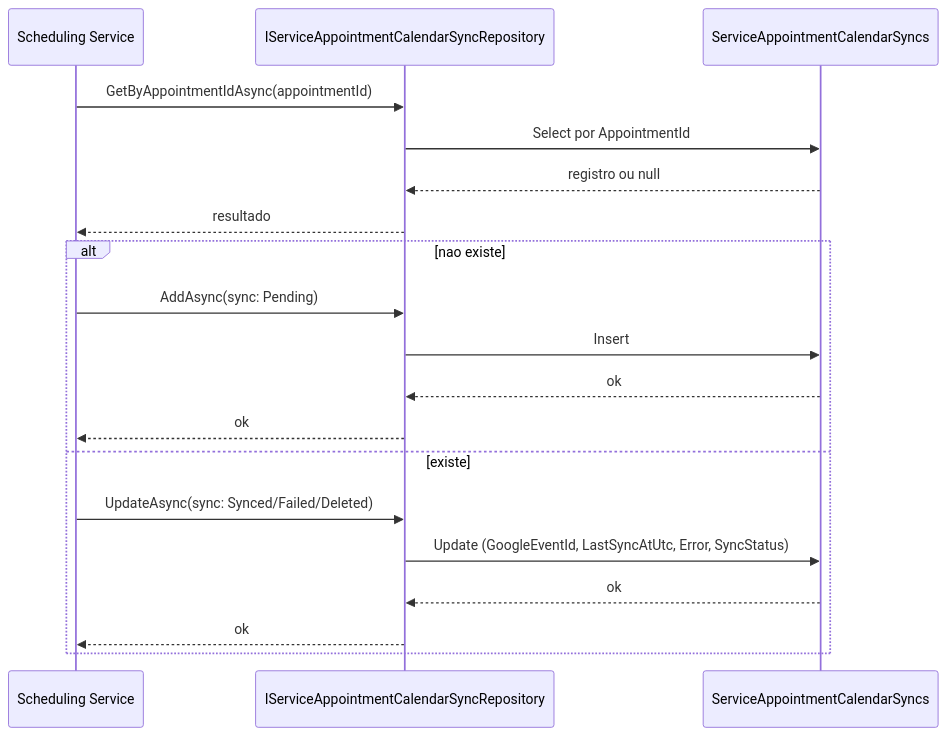
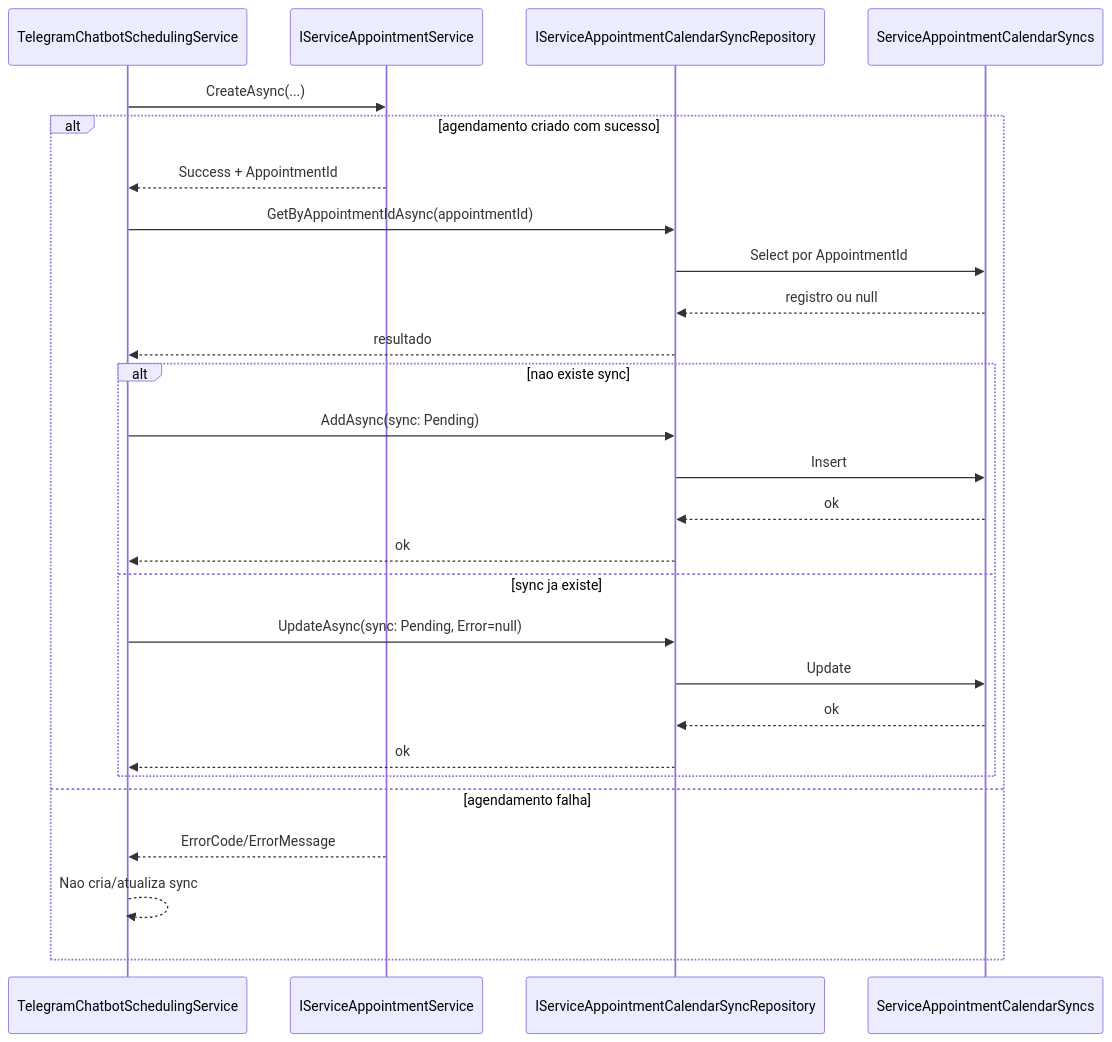
Before and after one commit to leonardomendes201704/ConsertaPraMim: the diagram in Documentacao/DIAGRAMAS/REALTIME_PRESENCA_CHAT/ST-012-sync-agendamento-google-calendar/sequencia-sync-agendamento-google-calendar.mmd, drawn with Mermaid. The commit also changed 8 other files, not shown here.

Commit message:
feat(st-012): marcar sync pendente apos agendamento chatbot

```diff
--- a/Documentacao/DIAGRAMAS/REALTIME_PRESENCA_CHAT/ST-012-sync-agendamento-google-calendar/sequencia-sync-agendamento-google-calendar.mmd
+++ b/Documentacao/DIAGRAMAS/REALTIME_PRESENCA_CHAT/ST-012-sync-agendamento-google-calendar/sequencia-sync-agendamento-google-calendar.mmd
@@ -1,21 +1,29 @@
 sequenceDiagram
-    participant App as Scheduling Service
+    participant App as TelegramChatbotSchedulingService
+    participant Appointment as IServiceAppointmentService
     participant Repo as IServiceAppointmentCalendarSyncRepository
     participant Db as ServiceAppointmentCalendarSyncs
 
-    App->>Repo: GetByAppointmentIdAsync(appointmentId)
-    Repo->>Db: Select por AppointmentId
-    Db-->>Repo: registro ou null
-    Repo-->>App: resultado
+    App->>Appointment: CreateAsync(...)
+    alt agendamento criado com sucesso
+        Appointment-->>App: Success + AppointmentId
+        App->>Repo: GetByAppointmentIdAsync(appointmentId)
+        Repo->>Db: Select por AppointmentId
+        Db-->>Repo: registro ou null
+        Repo-->>App: resultado
 
-    alt nao existe
-        App->>Repo: AddAsync(sync: Pending)
-        Repo->>Db: Insert
-        Db-->>Repo: ok
-        Repo-->>App: ok
-    else existe
-        App->>Repo: UpdateAsync(sync: Synced/Failed/Deleted)
-        Repo->>Db: Update (GoogleEventId, LastSyncAtUtc, Error, SyncStatus)
-        Db-->>Repo: ok
-        Repo-->>App: ok
+        alt nao existe sync
+            App->>Repo: AddAsync(sync: Pending)
+            Repo->>Db: Insert
+            Db-->>Repo: ok
+            Repo-->>App: ok
+        else sync ja existe
+            App->>Repo: UpdateAsync(sync: Pending, Error=null)
+            Repo->>Db: Update
+            Db-->>Repo: ok
+            Repo-->>App: ok
+        end
+    else agendamento falha
+        Appointment-->>App: ErrorCode/ErrorMessage
+        App-->>App: Nao cria/atualiza sync
     end
```
